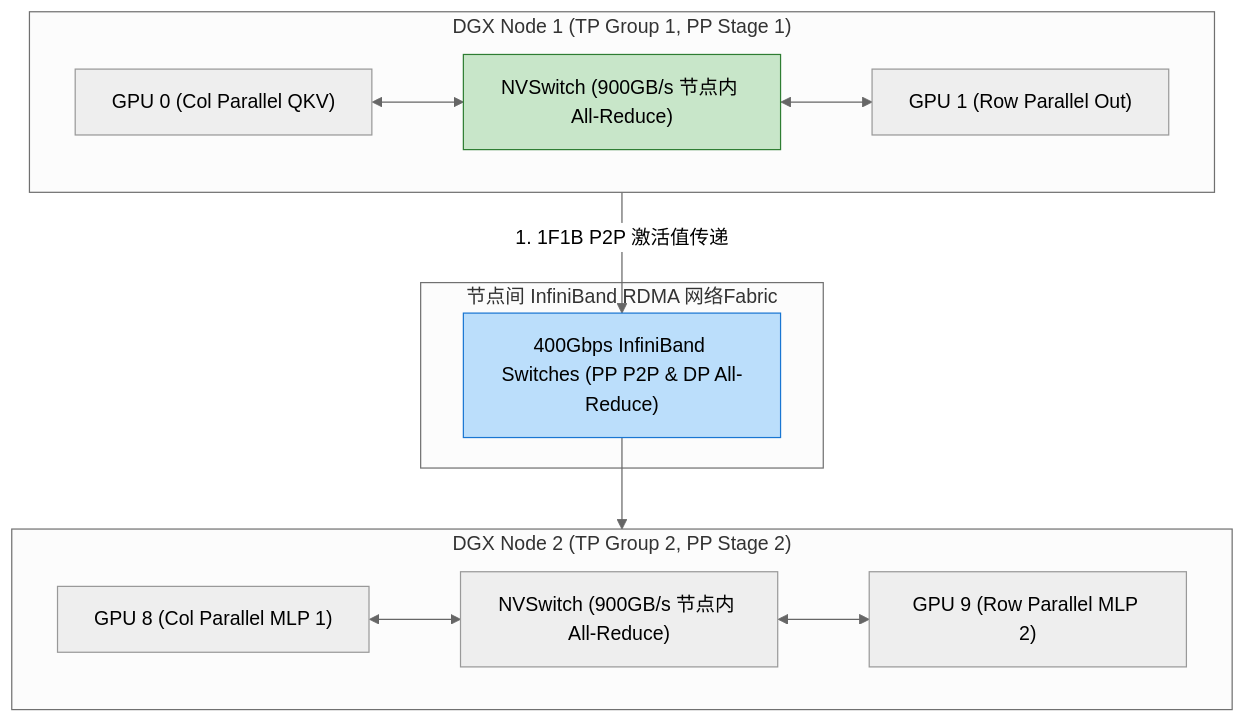
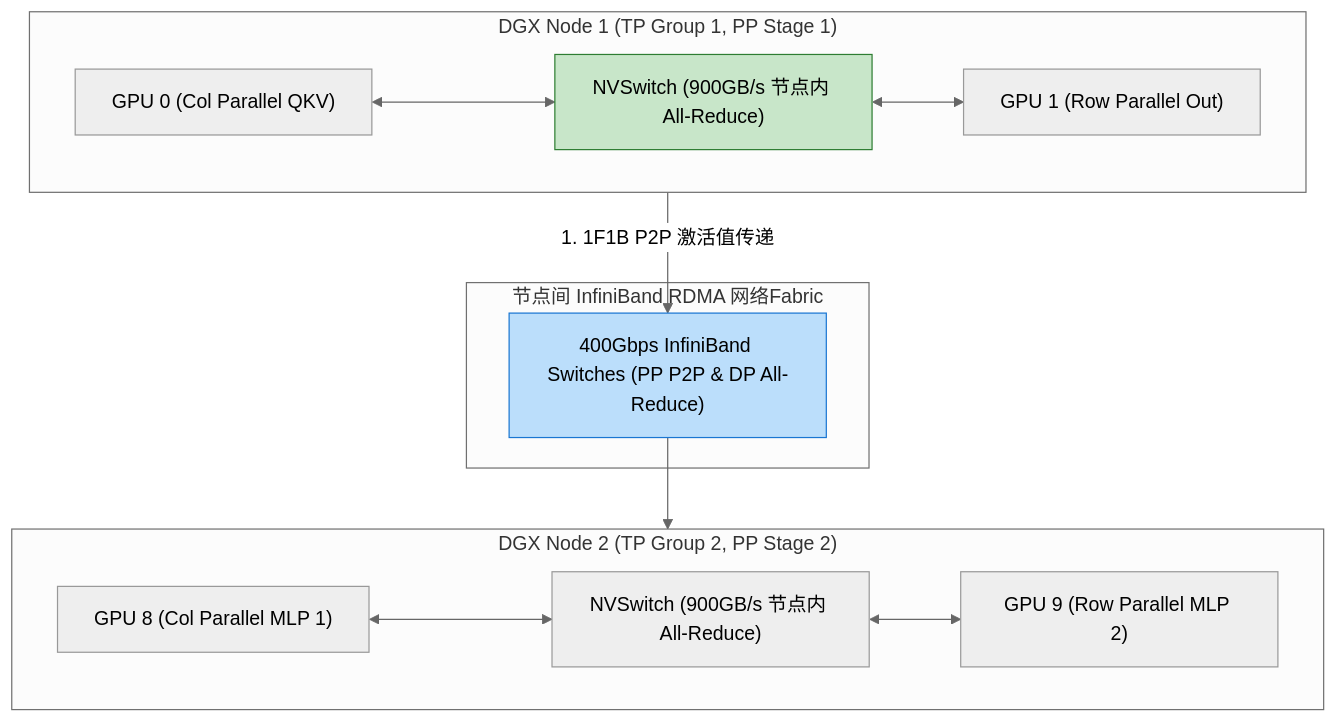
One commit to koosai/AI-Architect-Learning changed the fourth of 6 diagrams in docs/atlas/megatron-lm.mdx. Above: the diagram before and after it, drawn with Mermaid (neutral theme). The commit also changed other lines of this file and 68 other files, not shown here.

Commit message:
fix(atlas): fix browser client-side Mermaid rendering for mindmaps and flowcharts across 67 case studies

````diff
--- a/docs/atlas/megatron-lm.mdx
+++ b/docs/atlas/megatron-lm.mdx
@@ -124,26 +124,26 @@
 ```mermaid
 graph TB
   subgraph Node1["DGX Node 1 (TP Group 1, PP Stage 1)"]
     GPU0["GPU 0 (Col Parallel QKV)"]
     GPU1["GPU 1 (Row Parallel Out)"]
     NVLink1["NVSwitch (900GB/s 节点内 All-Reduce)"]
-    GPU0 <--> NVLink1 <--> GPU1
+    GPU0 <---> NVLink1 <--> GPU1
   end
 
   subgraph Node2["DGX Node 2 (TP Group 2, PP Stage 2)"]
     GPU8["GPU 8 (Col Parallel MLP 1)"]
     GPU9["GPU 9 (Row Parallel MLP 2)"]
     NVLink2["NVSwitch (900GB/s 节点内 All-Reduce)"]
-    GPU8 <--> NVLink2 <--> GPU9
+    GPU8 <---> NVLink2 <--> GPU9
   end
 
   subgraph NetworkFabric["节点间 InfiniBand RDMA 网络Fabric"]
     IBFabric["400Gbps InfiniBand Switches (PP P2P & DP All-Reduce)"]
   end
 
   Node1 --"1. 1F1B P2P 激活值传递"--> IBFabric
   IBFabric --> Node2
 
   style NVLink1 fill:#c8e6c9,stroke:#2e7d32
   style IBFabric fill:#bbdefb,stroke:#1976d2
 ```
````
